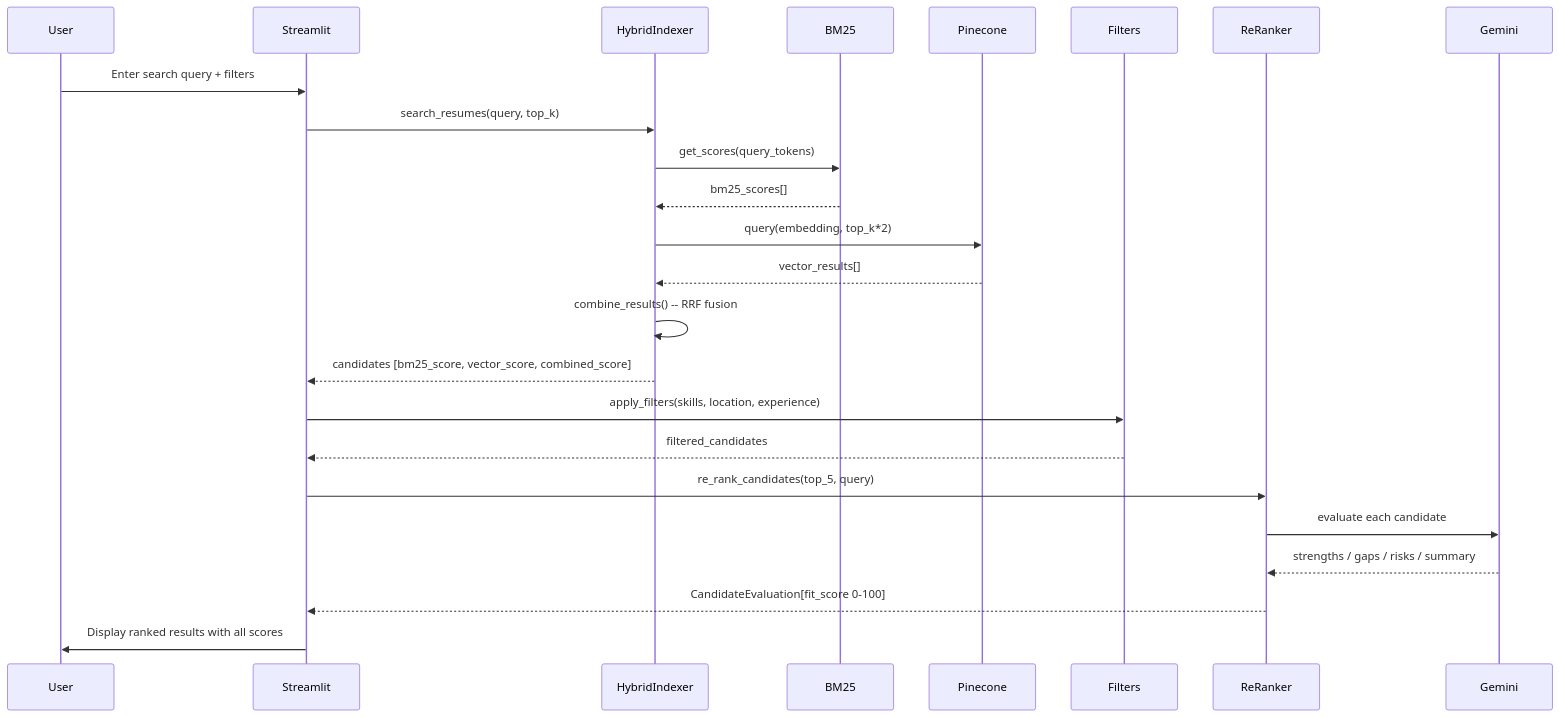
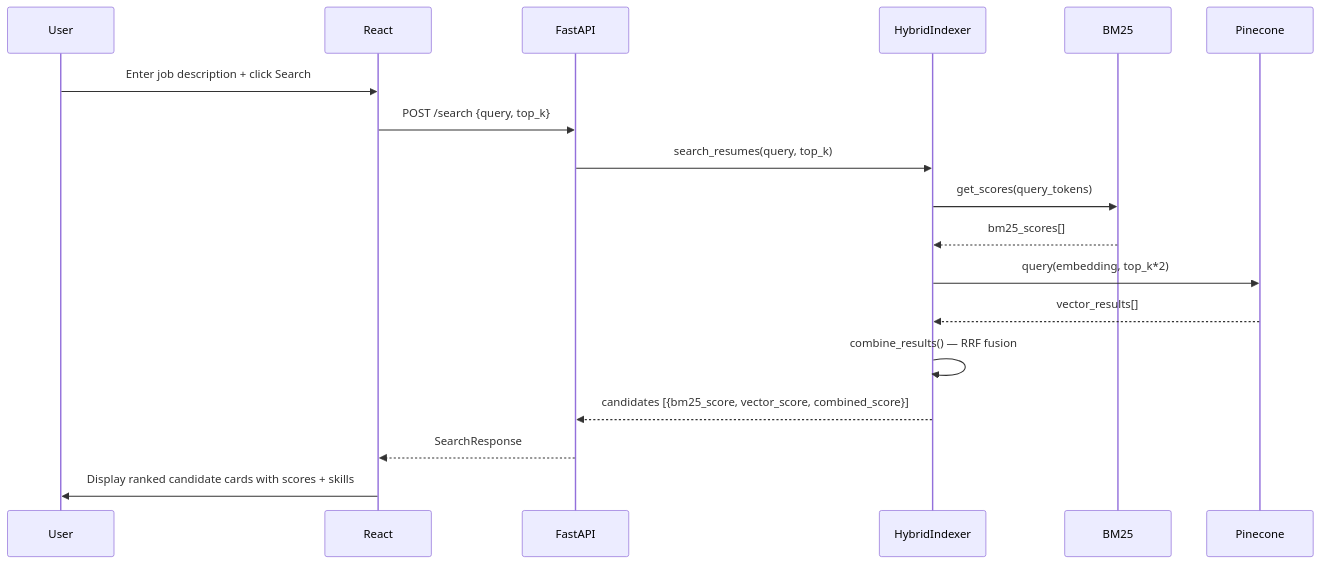
The third of 4 diagrams in HireFlow_Architecture.md (HarshaVardhanJalli/HireFlow), drawn with Mermaid before and after one commit. The commit also changed other lines of this file and 4 other files, not shown here.

````diff
--- a/HireFlow_Architecture.md
+++ b/HireFlow_Architecture.md
@@ -63,33 +116,25 @@
 ```mermaid
 sequenceDiagram
     participant User
-    participant Streamlit
+    participant React
+    participant FastAPI
     participant HybridIndexer
     participant BM25
     participant Pinecone
-    participant Filters
-    participant ReRanker
-    participant Gemini
 
-    User->>Streamlit: Enter search query + filters
-    Streamlit->>HybridIndexer: search_resumes(query, top_k)
+    User->>React: Enter job description + click Search
+    React->>FastAPI: POST /search {query, top_k}
+    FastAPI->>HybridIndexer: search_resumes(query, top_k)
 
     HybridIndexer->>BM25: get_scores(query_tokens)
     BM25-->>HybridIndexer: bm25_scores[]
 
     HybridIndexer->>Pinecone: query(embedding, top_k*2)
     Pinecone-->>HybridIndexer: vector_results[]
 
-    HybridIndexer->>HybridIndexer: combine_results() -- RRF fusion
-    HybridIndexer-->>Streamlit: candidates [bm25_score, vector_score, combined_score]
+    HybridIndexer->>HybridIndexer: combine_results() — RRF fusion
+    HybridIndexer-->>FastAPI: candidates [{bm25_score, vector_score, combined_score}]
 
-    Streamlit->>Filters: apply_filters(skills, location, experience)
-    Filters-->>Streamlit: filtered_candidates
-
-    Streamlit->>ReRanker: re_rank_candidates(top_5, query)
-    ReRanker->>Gemini: evaluate each candidate
-    Gemini-->>ReRanker: strengths / gaps / risks / summary
-    ReRanker-->>Streamlit: CandidateEvaluation[fit_score 0-100]
-
-    Streamlit->>User: Display ranked results with all scores
+    FastAPI-->>React: SearchResponse
+    React->>User: Display ranked candidate cards with scores + skills
 ```
````
